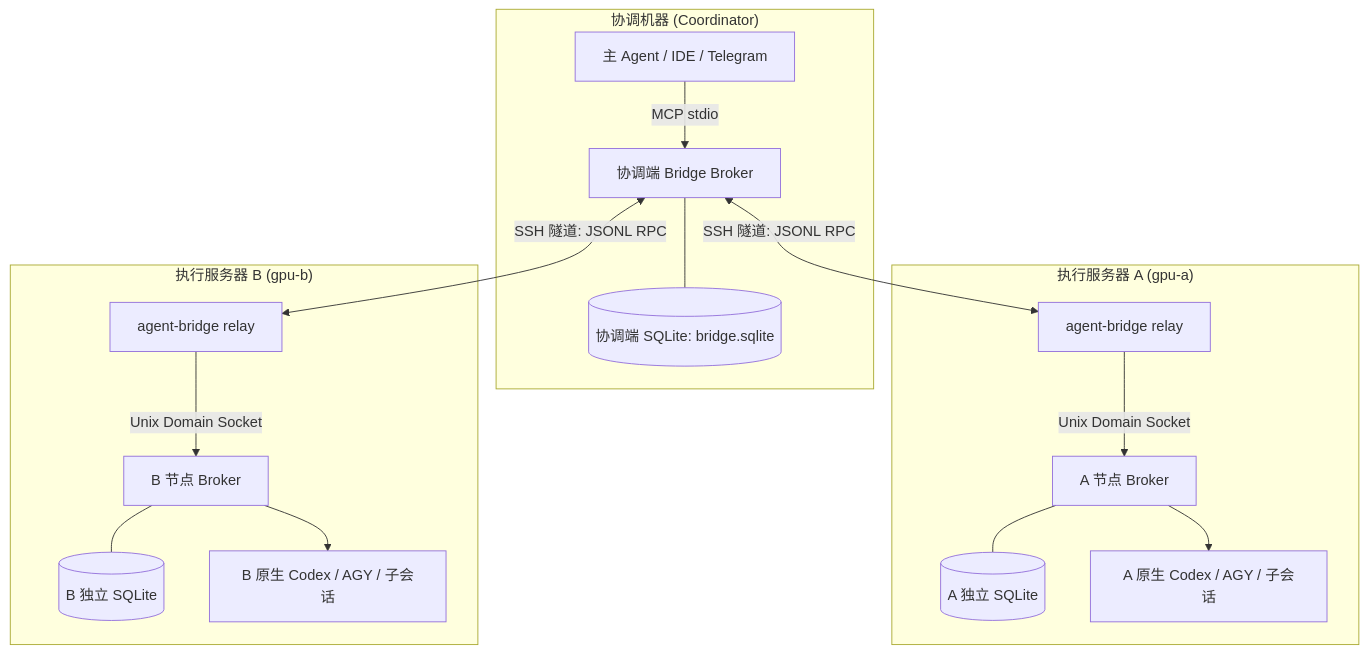
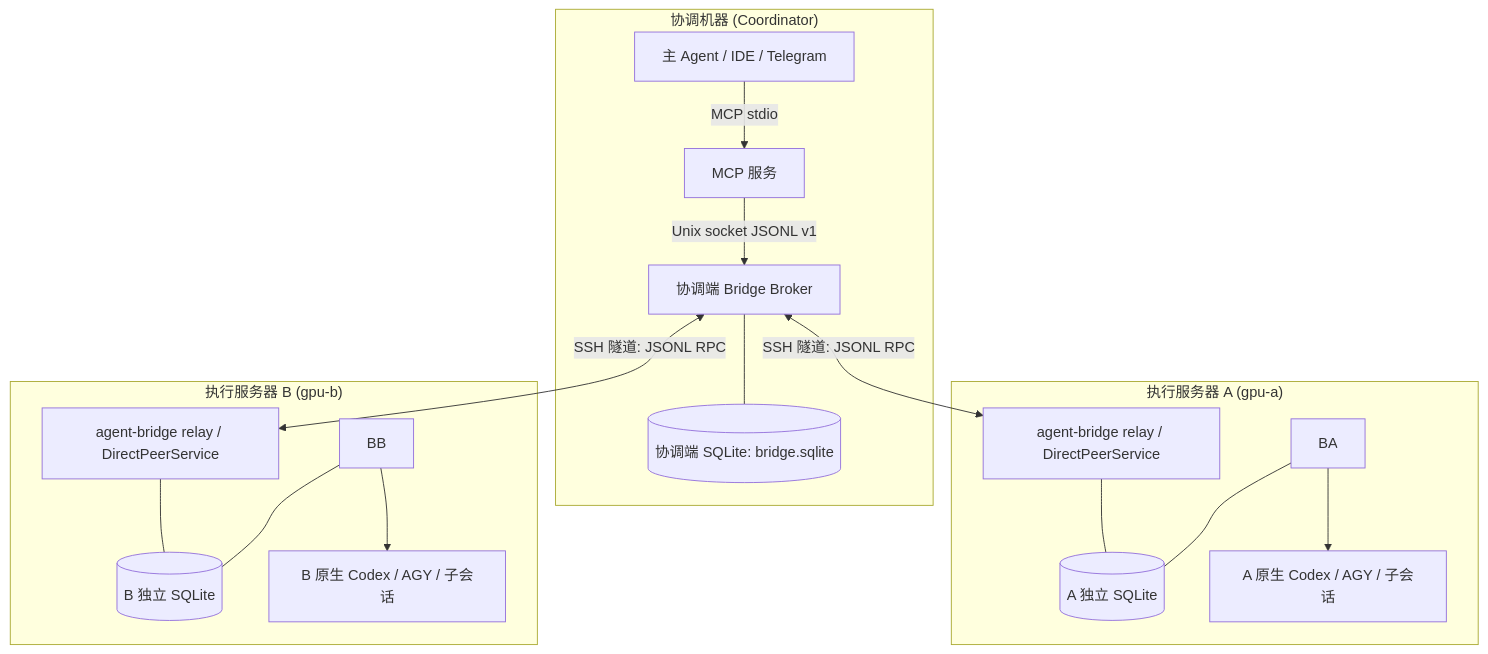
One commit to qinjian623/agent-bridge changed the first of 2 diagrams in docs/multi-machine-design.md. Above: the diagram before and after it, drawn with Mermaid. The commit also changed other lines of this file and 21 other files, not shown here.

````diff
--- a/docs/multi-machine-design.md
+++ b/docs/multi-machine-design.md
@@ -28,22 +28,23 @@
 ```mermaid
 flowchart TD
     subgraph HostCoord["协调机器 (Coordinator)"]
-        M[主 Agent / IDE / Telegram] -->|MCP stdio| C[协调端 Bridge Broker]
+        M[主 Agent / IDE / Telegram] -->|MCP stdio| E[MCP 服务]
+        E -->|Unix socket JSONL v1| C[协调端 Bridge Broker]
         C --- CD[(协调端 SQLite: bridge.sqlite)]
     end
 
     subgraph HostA["执行服务器 A (gpu-a)"]
-        RA[agent-bridge relay] -->|Unix Domain Socket| BA[A 节点 Broker]
+        RA[agent-bridge relay / DirectPeerService] --- DA[(A 独立 SQLite)]
         BA --- DA[(A 独立 SQLite)]
         BA --> AA[A 原生 Codex / AGY / 子会话]
     end
 
     subgraph HostB["执行服务器 B (gpu-b)"]
-        RB[agent-bridge relay] -->|Unix Domain Socket| BB[B 节点 Broker]
+        RB[agent-bridge relay / DirectPeerService] --- DB[(B 独立 SQLite)]
         BB --- DB[(B 独立 SQLite)]
         BB --> AB[B 原生 Codex / AGY / 子会话]
     end
 
     C <-->|SSH 隧道: JSONL RPC| RA
     C <-->|SSH 隧道: JSONL RPC| RB
 ```
````
